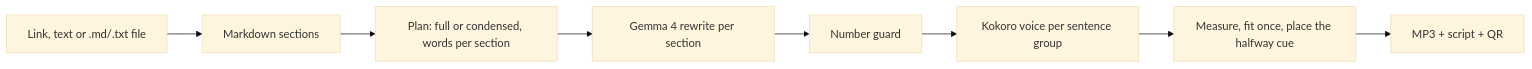
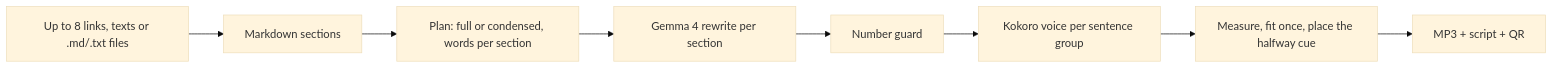
The diagram in README.md (nazboyko/tabs-to-trails), drawn with Mermaid (base theme) before and after one commit. The commit also changed other lines of this file and 4 other files, not shown here.

````diff
--- a/README.md
+++ b/README.md
@@ -34,10 +34,10 @@
 ```mermaid
 flowchart LR
-  A[Link, text or .md/.txt file] --> B[Markdown sections]
+  A[Up to 8 links, texts or .md/.txt files] --> B[Markdown sections]
   B --> C[Plan: full or condensed, words per section]
   C --> D[Gemma 4 rewrite per section]
   D --> E[Number guard]
   E --> F[Kokoro voice per sentence group]
   F --> G[Measure, fit once, place the halfway cue]
   G --> H[MP3 + script + QR]
 ```
````
